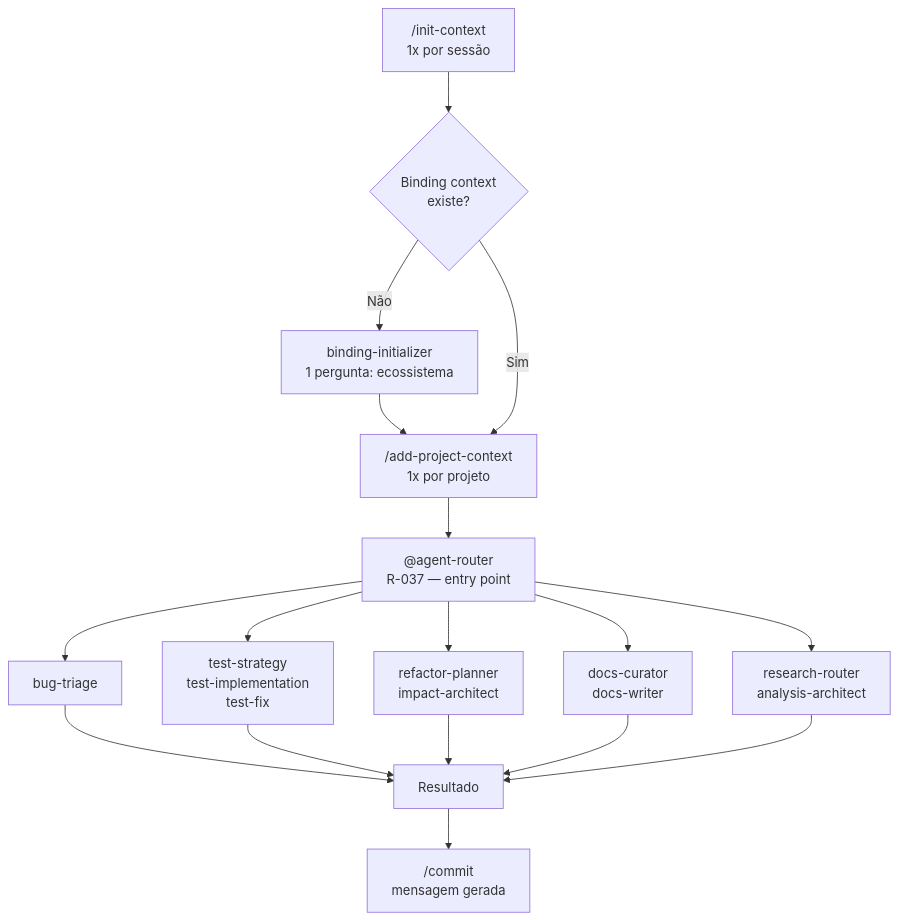
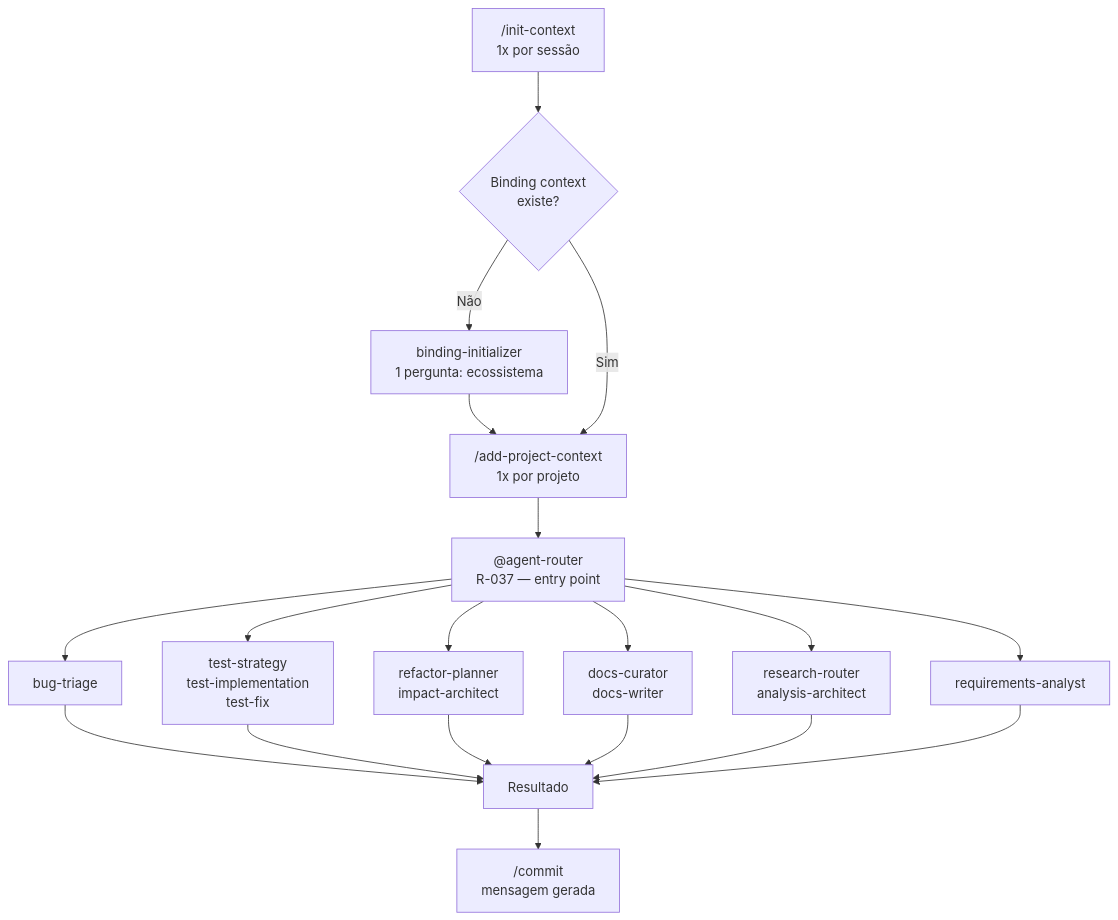
One commit to jezreel8858/copilot-instructions-governance changed the diagram in README.md. Above: the diagram before and after it, drawn with Mermaid. The commit also changed other lines of this file and 12 other files, not shown here.

First line of the commit message:
feat(governance): adiciona requirements-analyst e skill de engenharia de requisitos

````diff
--- a/README.md
+++ b/README.md
@@ -104,15 +104,16 @@
 ```mermaid
 flowchart TD
     A["/init-context\n1x por sessão"] --> B{Binding context\nexiste?}
     B -- Não --> C["binding-initializer\n1 pergunta: ecossistema"]
     C --> D["/add-project-context\n1x por projeto"]
     B -- Sim --> D
     D --> E["@agent-router\nR-037 — entry point"]
     E --> F["bug-triage"]
     E --> G["test-strategy\ntest-implementation\ntest-fix"]
     E --> H["refactor-planner\nimpact-architect"]
+    E --> M["requirements-analyst"]
     E --> I["docs-curator\ndocs-writer"]
     E --> J["research-router\nanalysis-architect"]
-    F & G & H & I & J --> K["Resultado"]
+    F & G & H & I & J & M --> K["Resultado"]
     K --> L["/commit\nmensagem gerada"]
 ```
````
